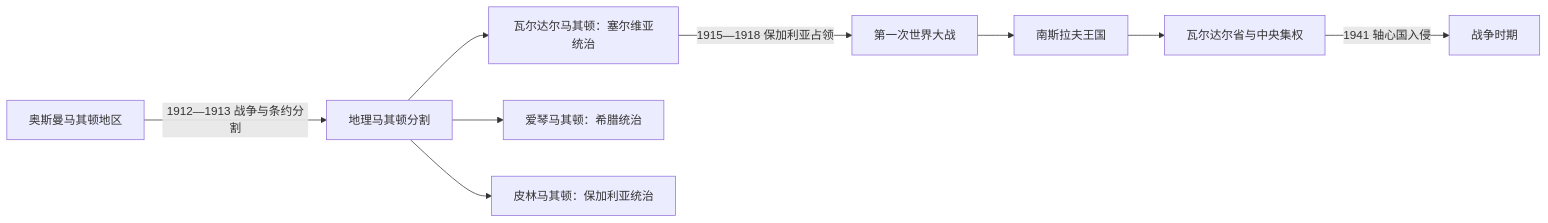
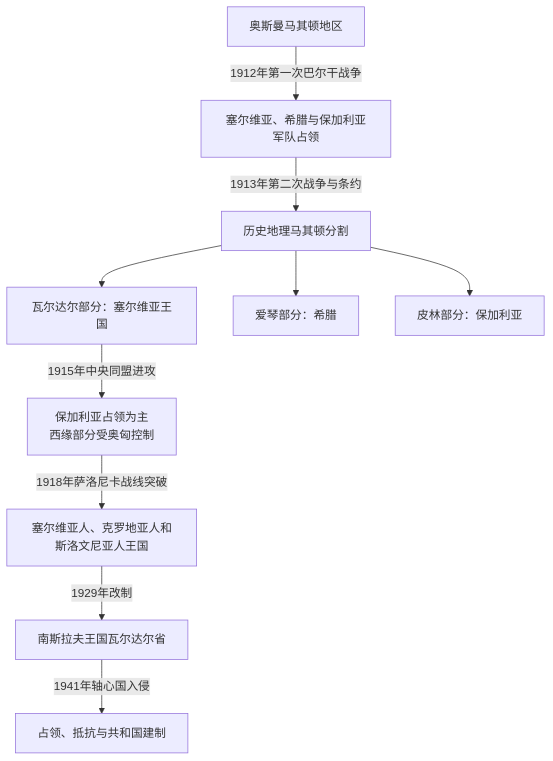
One commit to tianlan-dev/learning-notes changed the diagram in 人文科学/历史/欧洲/东南欧与巴尔干/北马其顿/巴尔干战争、塞尔维亚统治与战间期.md. Above: the diagram before and after it, drawn with Mermaid. The commit also changed other lines of this file and 1417 other files, not shown here.

````diff
--- a/人文科学/历史/欧洲/东南欧与巴尔干/北马其顿/巴尔干战争、塞尔维亚统治与战间期.md
+++ b/人文科学/历史/欧洲/东南欧与巴尔干/北马其顿/巴尔干战争、塞尔维亚统治与战间期.md
@@ -17,11 +15,12 @@
 ```mermaid
-flowchart LR
-  Ottoman["奥斯曼马其顿地区"] -->|"1912—1913 战争与条约分割"| Partition["地理马其顿分割"]
-  Partition --> Vardar["瓦尔达尔马其顿：塞尔维亚统治"]
-  Partition --> Aegean["爱琴马其顿：希腊统治"]
-  Partition --> Pirin["皮林马其顿：保加利亚统治"]
-  Vardar -->|"1915—1918 保加利亚占领"| WWI["第一次世界大战"]
-  WWI --> YugKingdom["南斯拉夫王国"]
-  YugKingdom --> VardarBanovina["瓦尔达尔省与中央集权"]
-  VardarBanovina -->|"1941 轴心国入侵"| Occupation["战争时期"]
+flowchart TD
+    Ottoman["奥斯曼马其顿地区"] -->|1912年第一次巴尔干战争| Occupations["塞尔维亚、希腊与保加利亚军队占领"]
+    Occupations -->|1913年第二次战争与条约| Partition["历史地理马其顿分割"]
+    Partition --> Vardar["瓦尔达尔部分：塞尔维亚王国"]
+    Partition --> Aegean["爱琴部分：希腊"]
+    Partition --> Pirin["皮林部分：保加利亚"]
+    Vardar -->|1915年中央同盟进攻| BulgarianOccupation["保加利亚占领为主<br/>西缘部分受奥匈控制"]
+    BulgarianOccupation -->|1918年萨洛尼卡战线突破| SHS["塞尔维亚人、克罗地亚人和斯洛文尼亚人王国"]
+    SHS -->|1929年改制| VardarBanovina["南斯拉夫王国瓦尔达尔省"]
+    VardarBanovina -->|1941年轴心国入侵| WW2["占领、抵抗与共和国建制"]
 ```
````
